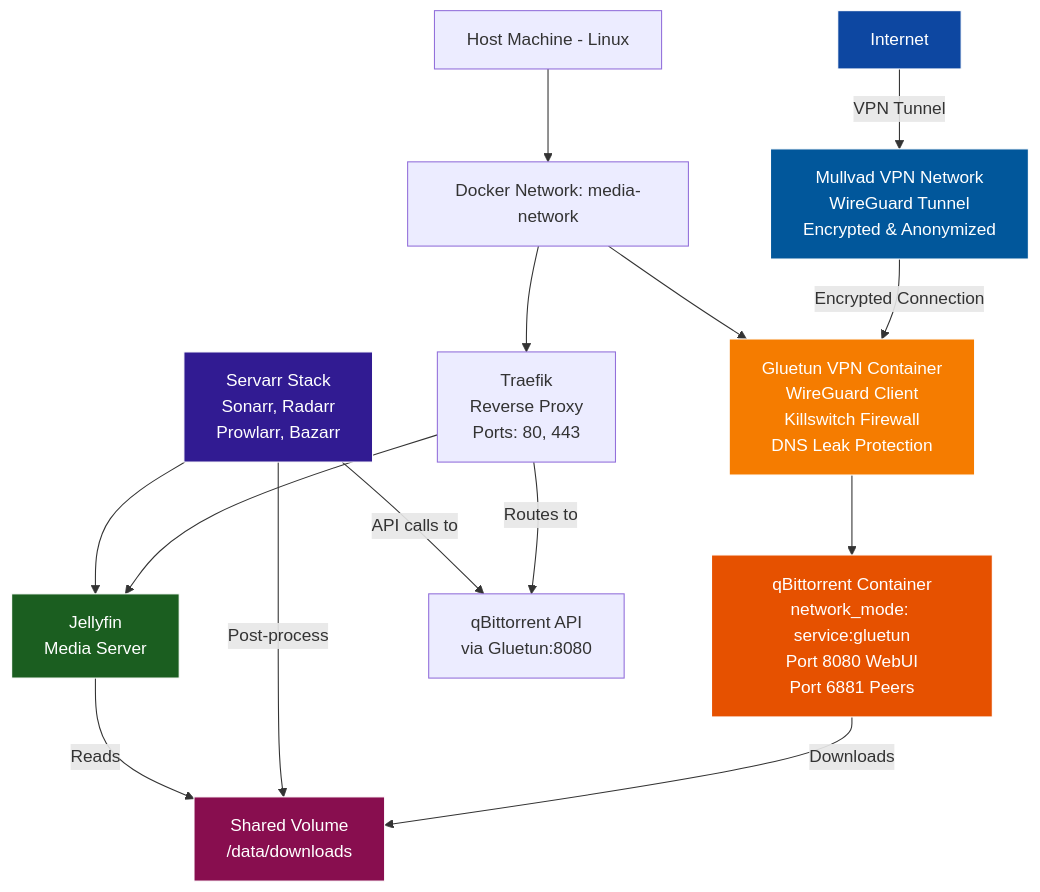
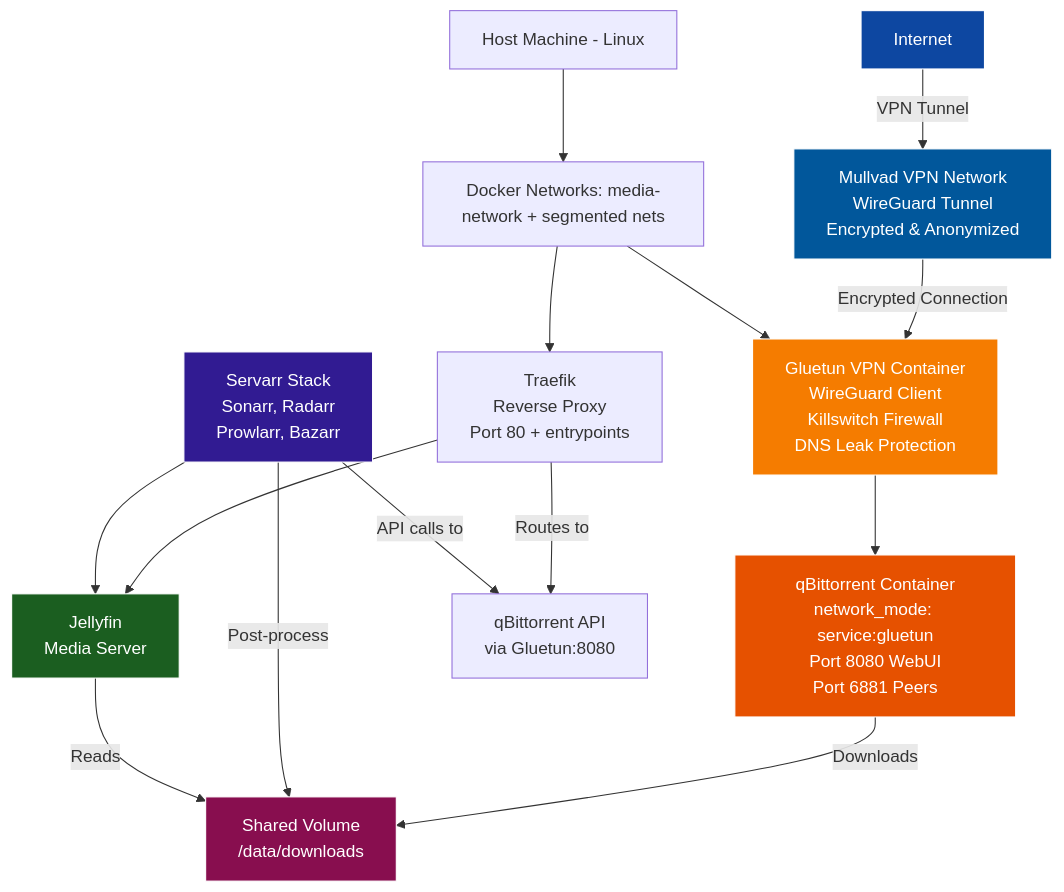
One commit to otterammo/otterstack-v2 changed the first of 3 diagrams in docs/VPN-ARCHITECTURE.md. Above: the diagram before and after it, drawn with Mermaid. The commit also changed other lines of this file and 24 other files, not shown here.

````diff
--- a/docs/VPN-ARCHITECTURE.md
+++ b/docs/VPN-ARCHITECTURE.md
@@ -26,45 +26,45 @@
 ```mermaid
 graph TD
   A["Internet"]
   B["Mullvad VPN Network<br/>WireGuard Tunnel<br/>Encrypted & Anonymized"]
   
   C["Host Machine - Linux"]
-  D["Docker Network: media-network"]
+  D["Docker Networks: media-network + segmented nets"]
   
-  E["Traefik<br/>Reverse Proxy<br/>Ports: 80, 443"]
+  E["Traefik<br/>Reverse Proxy<br/>Port 80 + entrypoints"]
   F["Gluetun VPN Container<br/>WireGuard Client<br/>Killswitch Firewall<br/>DNS Leak Protection"]
   G["qBittorrent Container<br/>network_mode: service:gluetun<br/>Port 8080 WebUI<br/>Port 6881 Peers"]
   
   H["Jellyfin<br/>Media Server"]
   I["Servarr Stack<br/>Sonarr, Radarr<br/>Prowlarr, Bazarr"]
   
   J["qBittorrent API<br/>via Gluetun:8080"]
   
   K["Shared Volume<br/>/data/downloads"]
   
   A -->|VPN Tunnel| B
   B -->|Encrypted Connection| F
   
   C --> D
   D --> E
   D --> F
   F --> G
   
   E -->|Routes to| J
   I -->|API calls to| J
   
   E --> H
   I --> H
   
   G -->|Downloads| K
   I -->|Post-process| K
   H -->|Reads| K
   
   style A fill:#0d47a1,stroke:#fff,color:#fff
   style B fill:#01579b,stroke:#fff,color:#fff
   style F fill:#f57c00,stroke:#fff,color:#fff
   style G fill:#e65100,stroke:#fff,color:#fff
   style H fill:#1b5e20,stroke:#fff,color:#fff
   style I fill:#311b92,stroke:#fff,color:#fff
   style K fill:#880e4f,stroke:#fff,color:#fff
 ```
````
